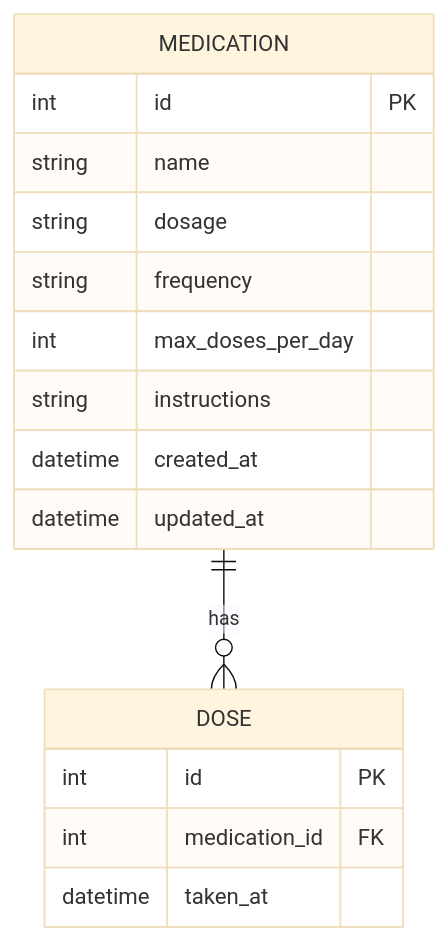
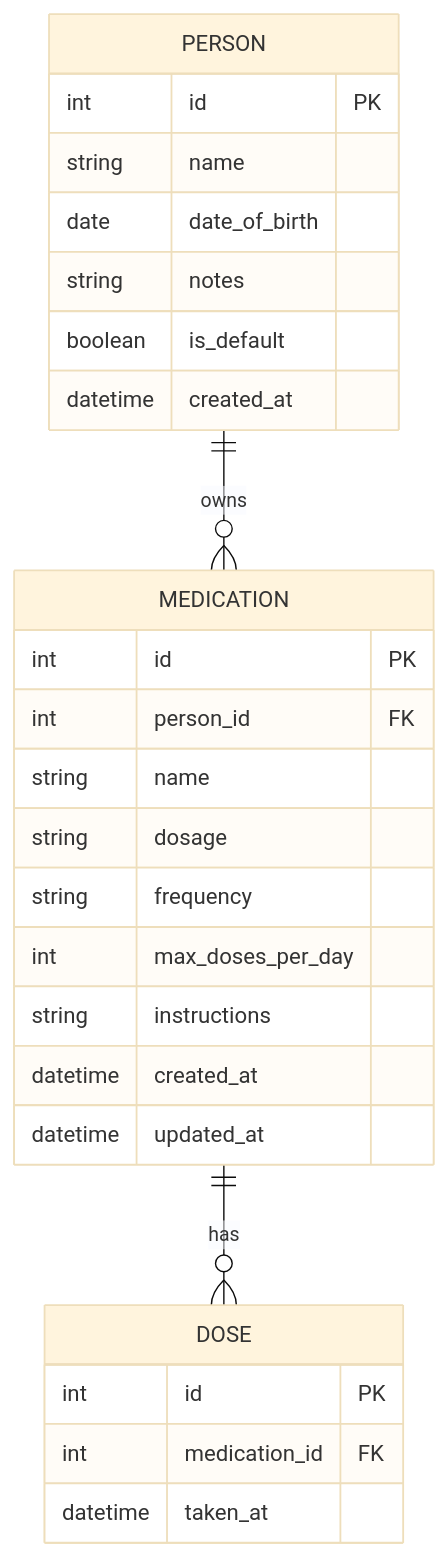
The fourth of 9 diagrams in docs/ARCHITECTURE.md (sjafferali/meditrack), drawn with Mermaid (base theme) before and after one commit. The commit also changed other lines of this file and 5 other files, not shown here.

````diff
--- a/docs/ARCHITECTURE.md
+++ b/docs/ARCHITECTURE.md
@@ -68,21 +72,32 @@
 ```mermaid
 erDiagram
+    PERSON ||--o{ MEDICATION : owns
     MEDICATION ||--o{ DOSE : has
+    
+    PERSON {
+        int id PK
+        string name
+        date date_of_birth
+        string notes
+        boolean is_default
+        datetime created_at
+    }
     
     MEDICATION {
         int id PK
+        int person_id FK
         string name
         string dosage
         string frequency
         int max_doses_per_day
         string instructions
         datetime created_at
         datetime updated_at
     }
     
     DOSE {
         int id PK
         int medication_id FK
         datetime taken_at
     }
 ```
````
